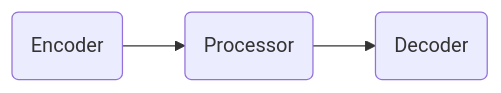
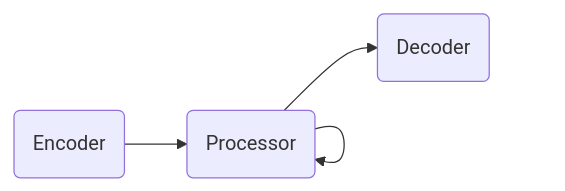
Before and after one commit to gitvicky/website: the first of 2 diagrams in Blog/geometry.qmd, drawn with Mermaid. The commit also changed other lines of this file and 7 other files, not shown here.

````diff
--- a/Blog/geometry.qmd
+++ b/Blog/geometry.qmd
@@ -29,7 +29,8 @@
 ```{mermaid}
 %%| fig-width: 6.5
 %%|fig-align: center
 flowchart LR
   A(Encoder) --> B(Processor)
+  B --> B
   B --> C(Decoder)
 ```
````
